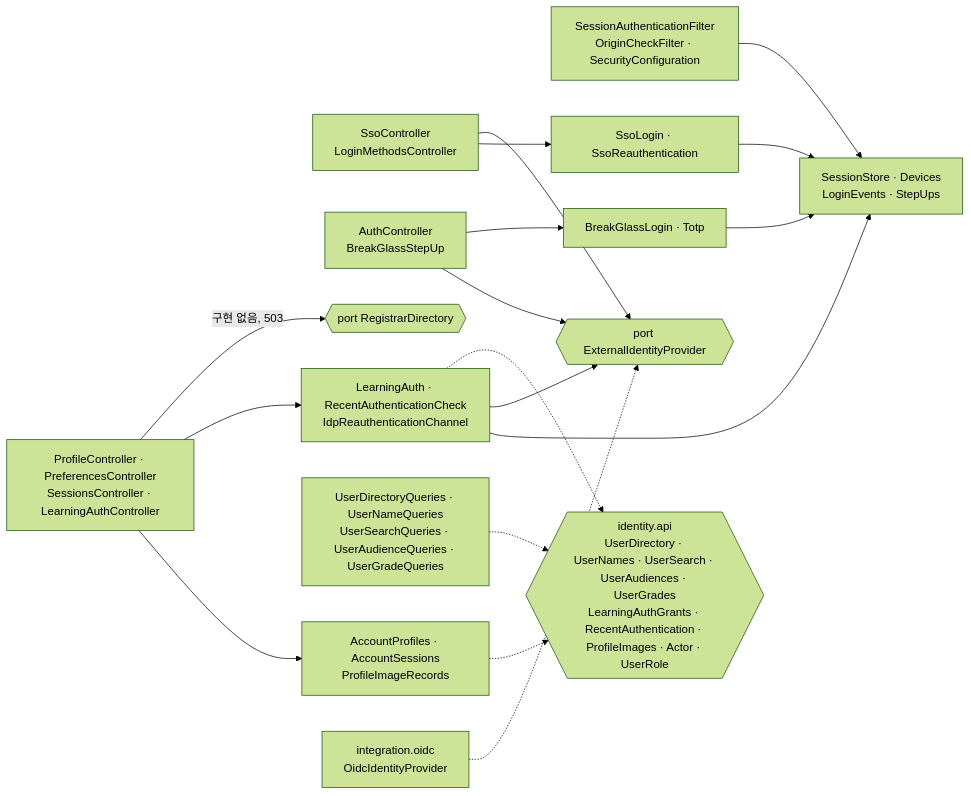
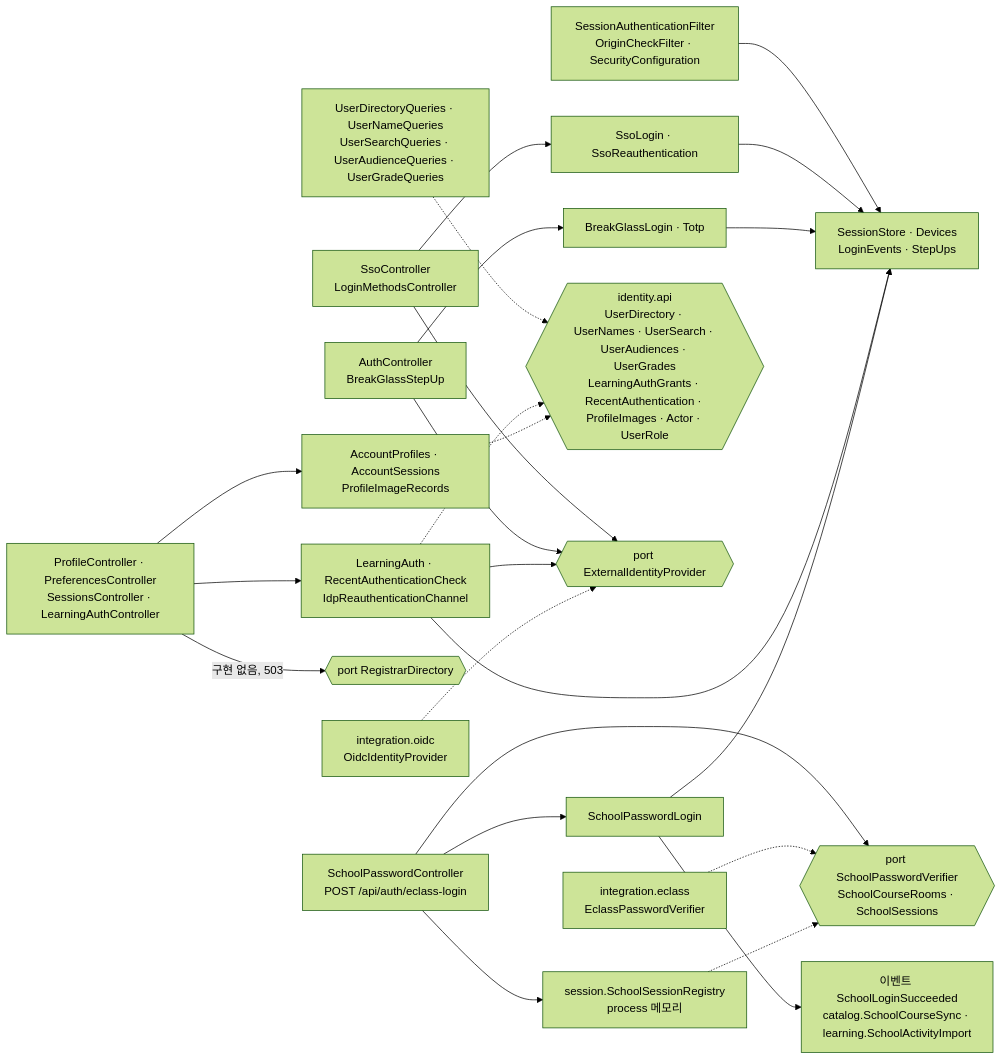
One commit to 2026ENDPoinT/team13 changed the sixth of 19 diagrams in backend/docs/c4.md. Above: the diagram before and after it, drawn with Mermaid (forest theme). The commit also changed other lines of this file and 1 other file, not shown here.

````diff
--- a/backend/docs/c4.md
+++ b/backend/docs/c4.md
@@ -262,27 +290,39 @@
 ```mermaid
 flowchart LR
   FLT["SessionAuthenticationFilter<br/>OriginCheckFilter · SecurityConfiguration"]
   SSOC["SsoController<br/>LoginMethodsController"]
   AUTHC["AuthController<br/>BreakGlassStepUp"]
   ACC["ProfileController · PreferencesController<br/>SessionsController · LearningAuthController"]
   SSO["SsoLogin · SsoReauthentication"]
   BGL["BreakGlassLogin · Totp"]
   STEP["LearningAuth · RecentAuthenticationCheck<br/>IdpReauthenticationChannel"]
   STORE["SessionStore · Devices<br/>LoginEvents · StepUps"]
   ACR["AccountProfiles · AccountSessions<br/>ProfileImageRecords"]
   Q["UserDirectoryQueries · UserNameQueries<br/>UserSearchQueries · UserAudienceQueries · UserGradeQueries"]
   API{{"identity.api<br/>UserDirectory · UserNames · UserSearch · UserAudiences · UserGrades<br/>LearningAuthGrants · RecentAuthentication · ProfileImages · Actor · UserRole"}}
   EIP{{"port ExternalIdentityProvider"}}
   REG{{"port RegistrarDirectory"}}
   OIDC["integration.oidc<br/>OidcIdentityProvider"]
+  SPC["SchoolPasswordController<br/>POST /api/auth/eclass-login"]
+  SPL["SchoolPasswordLogin"]
+  SSR["session.SchoolSessionRegistry<br/>process 메모리"]
+  SPV{{"port SchoolPasswordVerifier<br/>SchoolCourseRooms · SchoolSessions"}}
+  EC["integration.eclass<br/>EclassPasswordVerifier"]
+  EVT["이벤트 SchoolLoginSucceeded<br/>catalog.SchoolCourseSync · learning.SchoolActivityImport"]
   FLT --> STORE
   SSOC --> SSO --> STORE
   SSOC & AUTHC --> EIP
   AUTHC --> BGL --> STORE
   ACC --> ACR
   ACC --> STEP --> STORE
   STEP --> EIP
   ACC -->|"구현 없음, 503"| REG
   Q & STEP & ACR -.-> API
   OIDC -.-> EIP
+  SPC --> SPV
+  SPC --> SPL --> STORE
+  SPC --> SSR
+  SPL --> EVT
+  EC -.-> SPV
+  SSR -.-> SPV
 ```
````
